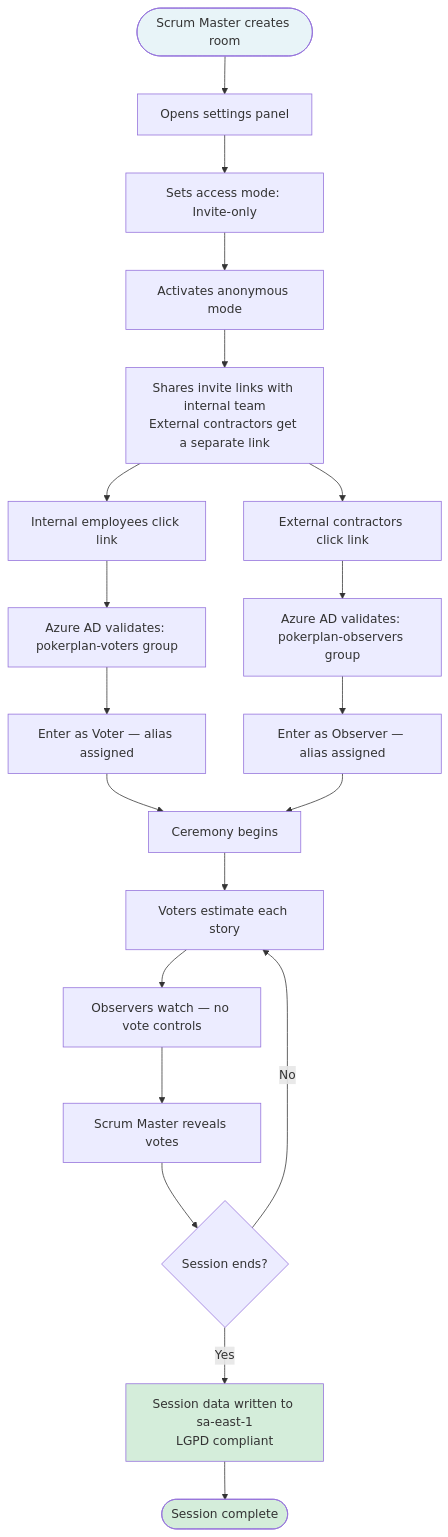
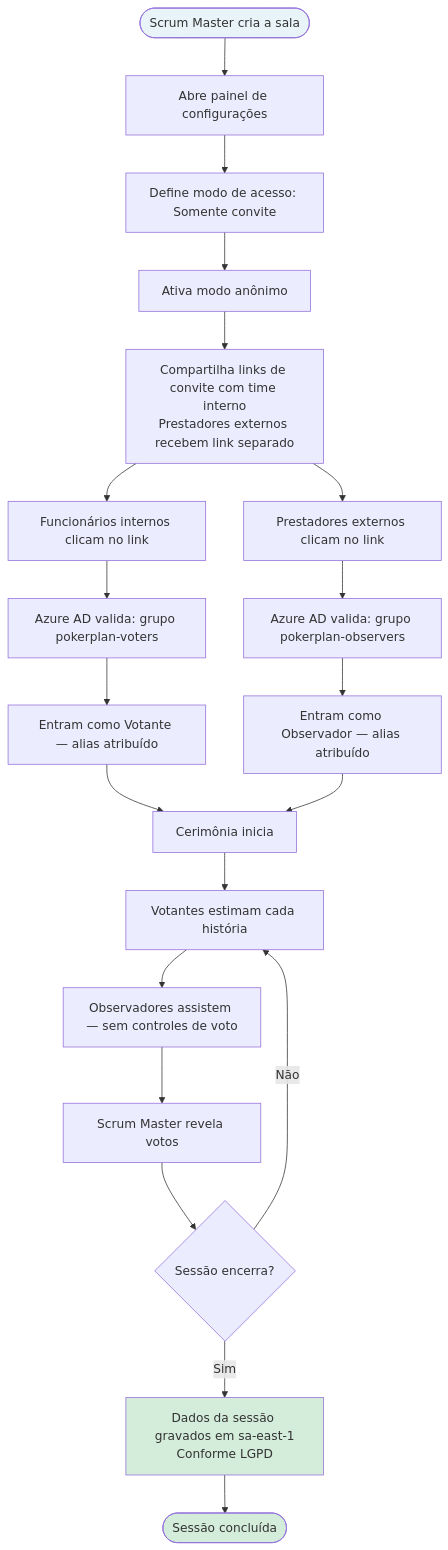
The seventh of 7 diagrams in case-poker/07.1-product-backlog-access-control.md (hugo-hsbtech/teamwork-process), drawn with Mermaid before and after one commit. The commit also changed other lines of this file and 64 other files, not shown here.

````diff
--- a/case-poker/07.1-product-backlog-access-control.md
+++ b/case-poker/07.1-product-backlog-access-control.md
@@ -229,30 +229,30 @@
 ```mermaid
 flowchart TD
-    A([Scrum Master creates room]) --> B[Opens settings panel]
-    B --> C[Sets access mode: Invite-only]
-    C --> D[Activates anonymous mode]
-    D --> E[Shares invite links with internal team\nExternal contractors get a separate link]
+    A([Scrum Master cria a sala]) --> B[Abre painel de configurações]
+    B --> C[Define modo de acesso: Somente convite]
+    C --> D[Ativa modo anônimo]
+    D --> E[Compartilha links de convite com time interno\nPrestadores externos recebem link separado]
 
-    E --> F[Internal employees click link]
-    F --> G[Azure AD validates: pokerplan-voters group]
-    G --> H[Enter as Voter — alias assigned]
+    E --> F[Funcionários internos clicam no link]
+    F --> G[Azure AD valida: grupo pokerplan-voters]
+    G --> H[Entram como Votante — alias atribuído]
 
-    E --> I[External contractors click link]
-    I --> J[Azure AD validates: pokerplan-observers group]
-    J --> K[Enter as Observer — alias assigned]
+    E --> I[Prestadores externos clicam no link]
+    I --> J[Azure AD valida: grupo pokerplan-observers]
+    J --> K[Entram como Observador — alias atribuído]
 
-    H --> L[Ceremony begins]
+    H --> L[Cerimônia inicia]
     K --> L
 
-    L --> M[Voters estimate each story]
-    M --> N[Observers watch — no vote controls]
-    N --> O[Scrum Master reveals votes]
-    O --> P{Session ends?}
-    P -- No --> M
-    P -- Yes --> Q[Session data written to sa-east-1\nLGPD compliant]
-    Q --> R([Session complete])
+    L --> M[Votantes estimam cada história]
+    M --> N[Observadores assistem — sem controles de voto]
+    N --> O[Scrum Master revela votos]
+    O --> P{Sessão encerra?}
+    P -- Não --> M
+    P -- Sim --> Q[Dados da sessão gravados em sa-east-1\nConforme LGPD]
+    Q --> R([Sessão concluída])
 
     style A fill:#e8f4f8
     style R fill:#d4edda
     style Q fill:#d4edda
 ```
````
